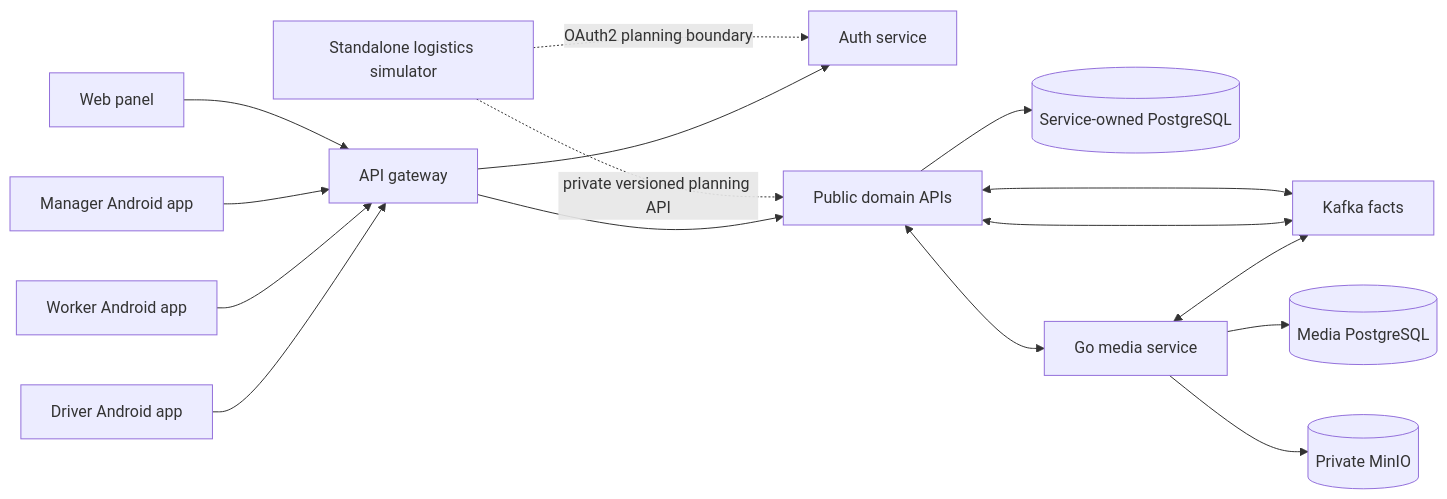
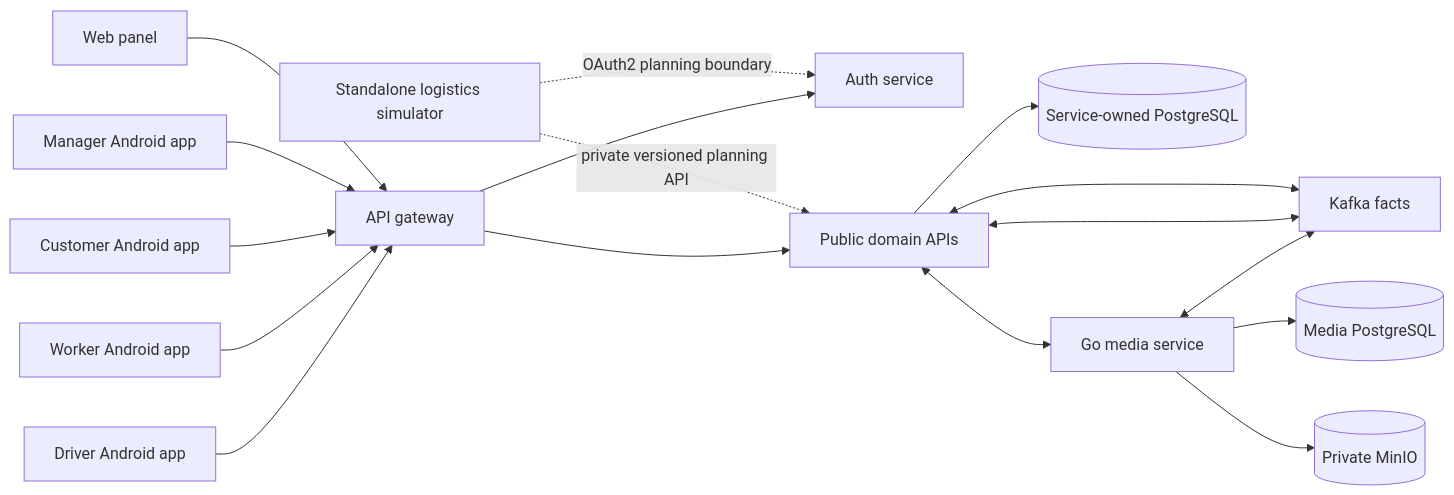
One commit to Buhanzaz/rwms changed the diagram in docs/project-knowledge/architecture.md. Above: the diagram before and after it, drawn with Mermaid. The commit also changed other lines of this file and 9 other files, not shown here.

````diff
--- a/docs/project-knowledge/architecture.md
+++ b/docs/project-knowledge/architecture.md
@@ -18,18 +19,19 @@
 ```mermaid
 flowchart LR
     Panel[Web panel] --> Gateway[API gateway]
     Manager[Manager Android app] --> Gateway
+    Customer[Customer Android app] --> Gateway
     Worker[Worker Android app] --> Gateway
     Driver[Driver Android app] --> Gateway
     Simulator[Standalone logistics simulator] -. OAuth2 planning boundary .-> Auth
     Simulator -. private versioned planning API .-> Domain
     Gateway --> Auth[Auth service]
     Gateway --> Domain[Public domain APIs]
     Domain --> ServiceDB[(Service-owned PostgreSQL)]
     Domain <--> Kafka[Kafka facts]
     Media[Go media service] --> MediaDB[(Media PostgreSQL)]
     Media --> MinIO[(Private MinIO)]
     Domain <--> Media
     Domain <--> Kafka
     Media <--> Kafka
 ```
````
